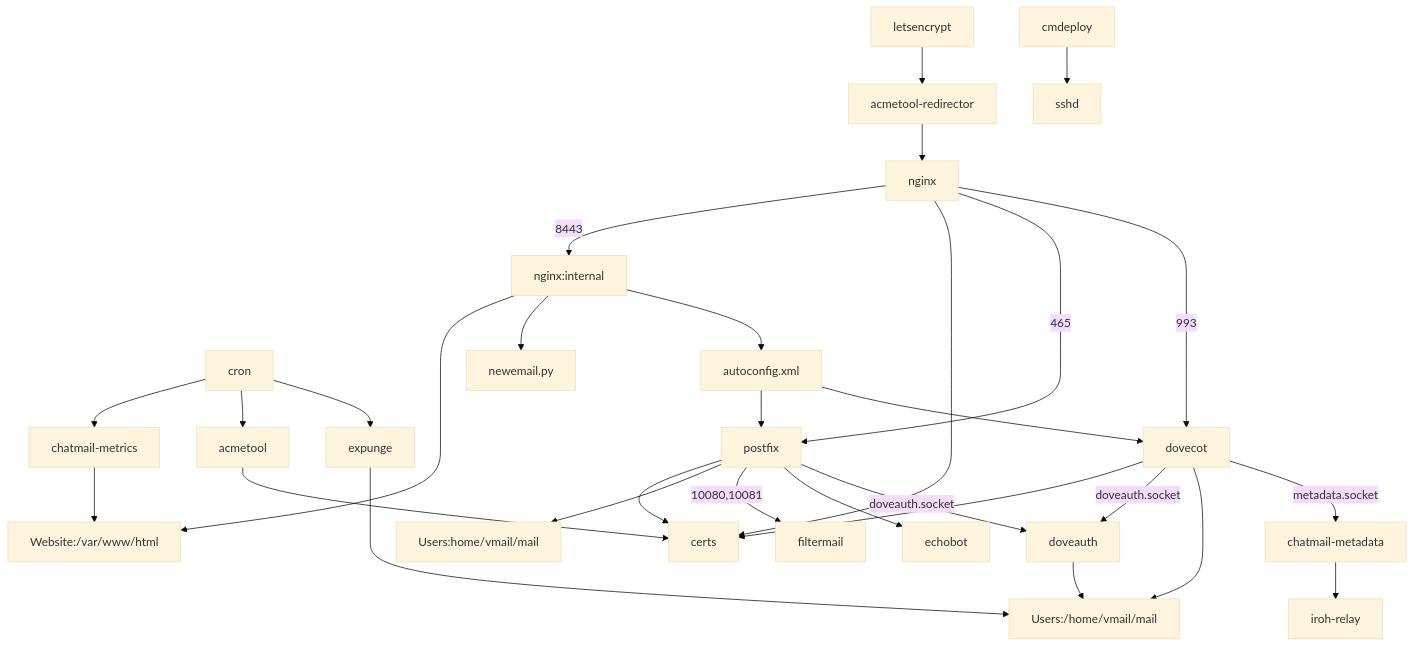
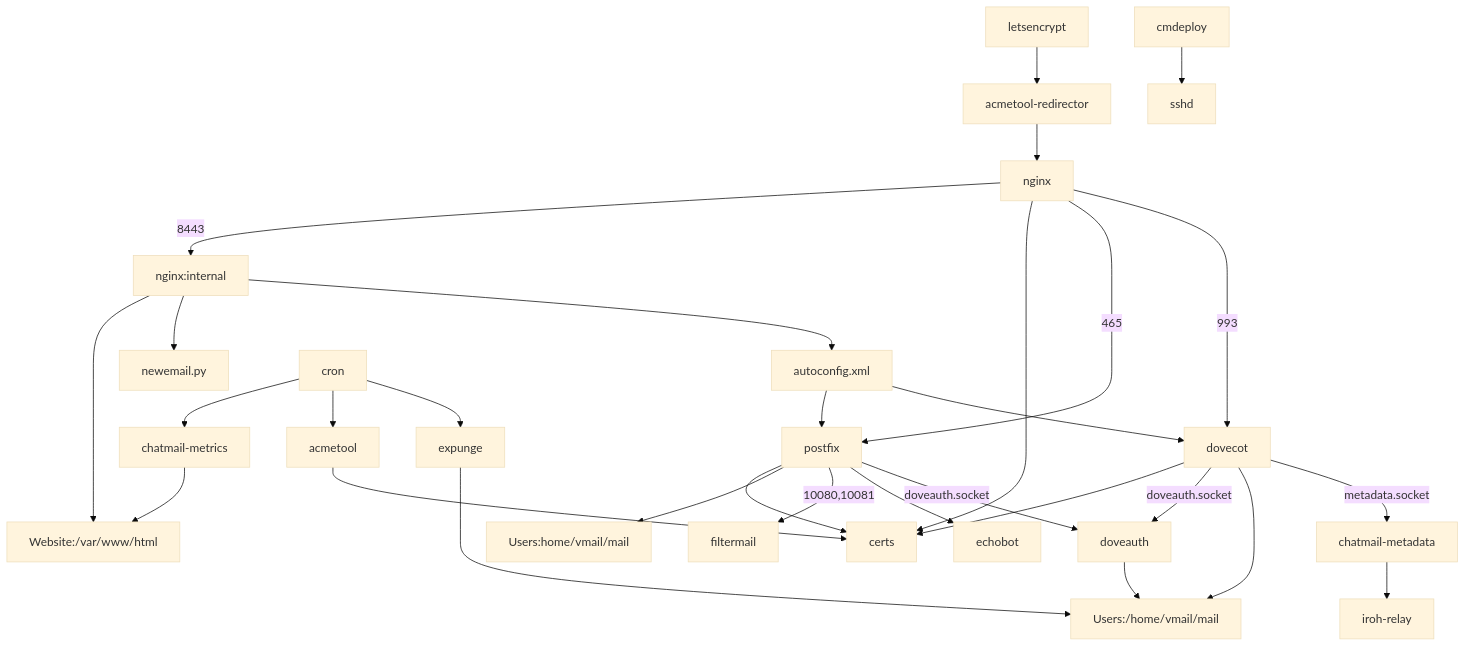
One commit to cliffmccarthy/chatmail-relay changed the diagram in ARCHITECTURE.md. Above: the diagram before and after it, drawn with Mermaid (base theme). The commit also changed other lines of this file, not shown here.

````diff
--- a/ARCHITECTURE.md
+++ b/ARCHITECTURE.md
@@ -4,32 +4,32 @@
 ```mermaid
 graph TD;
     letsencrypt --> acmetool-redirector;
     acmetool-redirector --> nginx;
     nginx --> |8443|nginx:internal;
     nginx:internal --> Website:/var/www/html;
+    nginx:internal --> newemail.py;
+    nginx:internal --> autoconfig.xml;
     cron --> chatmail-metrics;
     cron --> acmetool;
     cron --> expunge;
     chatmail-metrics --> Website:/var/www/html;
     acmetool --> certs;
     nginx --> certs;
-    nginx:internal --> newemail.py;
     nginx --> |465|postfix;
-    nginx:internal --> autoconfig.xml;
     nginx --> |993|dovecot;
     autoconfig.xml --> postfix;
     autoconfig.xml --> dovecot;
     postfix --> certs;
     postfix --> Users:home/vmail/mail;
     postfix --> |10080,10081|filtermail;
     postfix --> echobot;
     postfix --> |doveauth.socket|doveauth;
     dovecot --> certs;
     dovecot --> |doveauth.socket|doveauth;
     dovecot --> Users:/home/vmail/mail;
     dovecot --> |metadata.socket|chatmail-metadata;
     doveauth --> Users:/home/vmail/mail;
     expunge --> Users:/home/vmail/mail;
     chatmail-metadata --> iroh-relay;
     cmdeploy --> sshd;
 ```
````
